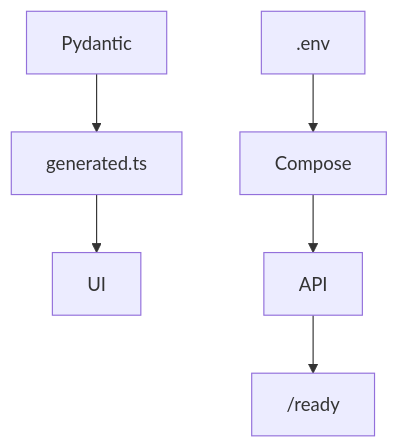
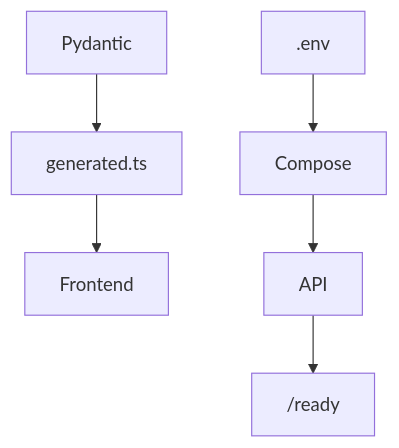
The second of 2 diagrams in mkdocs/docs/deployment.md (DMontgomery40/ragweld), drawn with Mermaid before and after one commit. The commit also changed other lines of this file and 110 other files, not shown here.

````diff
--- a/mkdocs/docs/deployment.md
+++ b/mkdocs/docs/deployment.md
@@ -96,8 +92,8 @@
 ```mermaid
 flowchart TB
-    Env[.env] --> Compose
-    Pydantic --> Types[generated.ts]
-    Types --> UI
-    Compose --> API
+    Env[".env"] --> Compose
+    Pydantic --> Types["generated.ts"]
+    Types --> UI["Frontend"]
+    Compose --> API["API"]
     API --> READY["/ready"]
 ```
````
